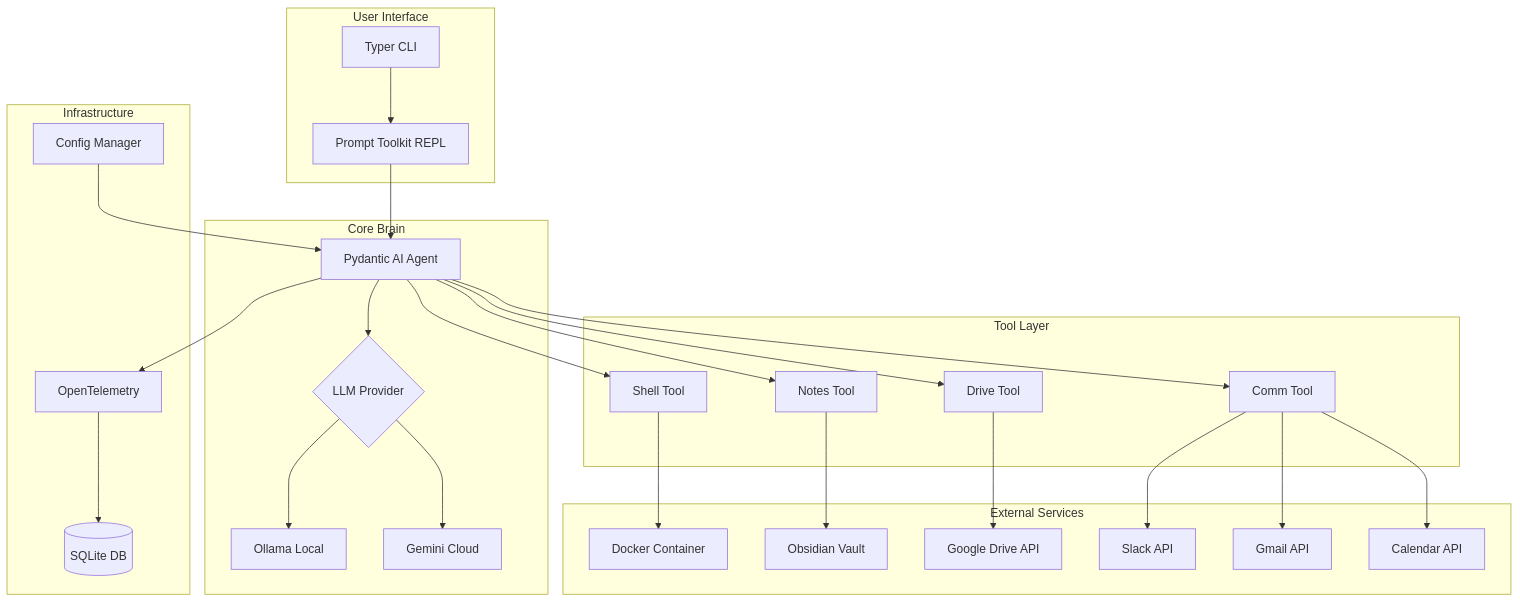
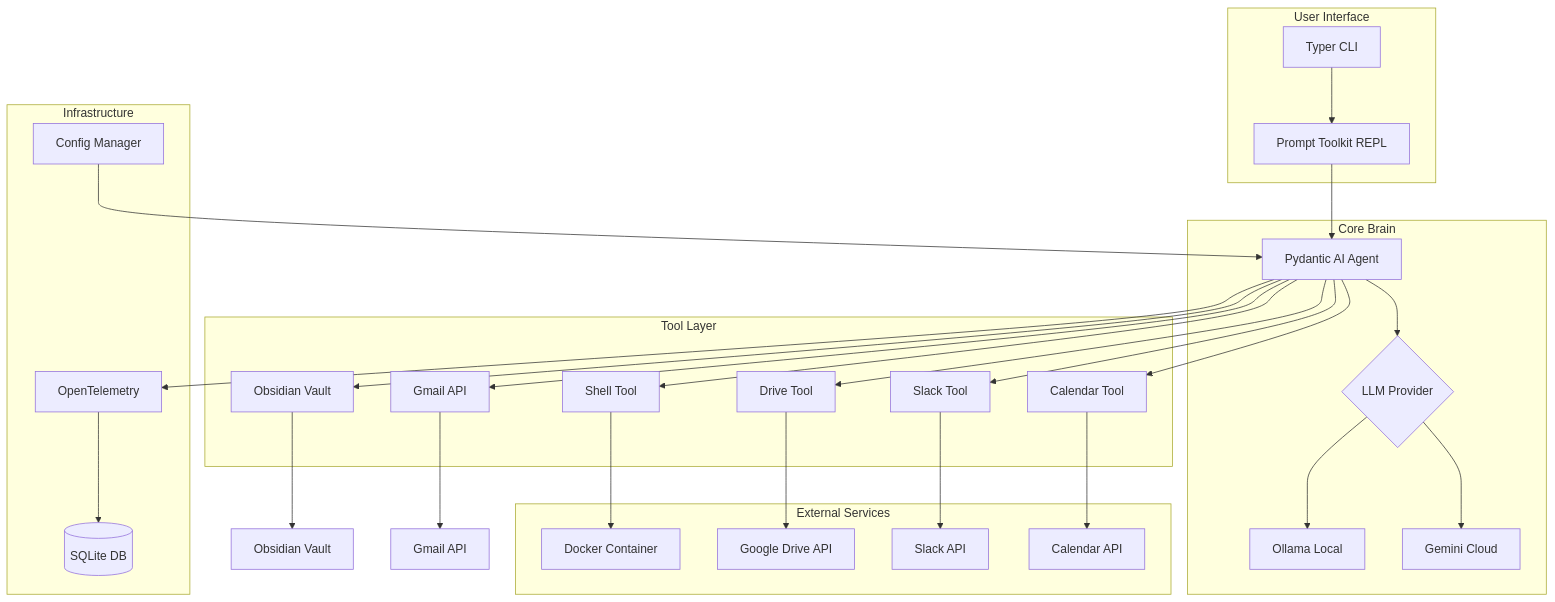
Before and after one commit to binlecode/co-cli: the first of 13 diagrams in docs/DESIGN-co-cli.md, drawn with Mermaid. The commit also changed other lines of this file and 25 other files, not shown here.

First line of the commit message:
Migrate Google/Slack tools to RunContext, add API error detection and research doc

````diff
--- a/docs/DESIGN-co-cli.md
+++ b/docs/DESIGN-co-cli.md
@@ -23,58 +23,62 @@
 ```mermaid
 graph TB
     subgraph User Interface
         CLI[Typer CLI]
         REPL[Prompt Toolkit REPL]
     end
 
     subgraph Core Brain
         Agent[Pydantic AI Agent]
         LLM{LLM Provider}
         Ollama[Ollama Local]
         Gemini[Gemini Cloud]
     end
 
     subgraph Tool Layer
         Shell[Shell Tool]
-        Notes[Notes Tool]
+        Obsidian[Obsidian Tool]
         Drive[Drive Tool]
-        Comm[Comm Tool]
+        Gmail[Gmail Tool]
+        Calendar[Calendar Tool]
+        SlackTool[Slack Tool]
     end
 
     subgraph External Services
         Docker[Docker Container]
         Obsidian[Obsidian Vault]
         GDrive[Google Drive API]
         Slack[Slack API]
         Gmail[Gmail API]
         GCal[Calendar API]
     end
 
     subgraph Infrastructure
         Config[Config Manager]
         Telemetry[OpenTelemetry]
         SQLite[(SQLite DB)]
     end
 
     CLI --> REPL
     REPL --> Agent
     Agent --> LLM
     LLM --> Ollama
     LLM --> Gemini
 
     Agent --> Shell
-    Agent --> Notes
+    Agent --> Obsidian
     Agent --> Drive
-    Agent --> Comm
+    Agent --> Gmail
+    Agent --> Calendar
+    Agent --> SlackTool
 
     Shell --> Docker
-    Notes --> Obsidian
+    Obsidian --> ObsVault[Obsidian Vault]
     Drive --> GDrive
-    Comm --> Slack
-    Comm --> Gmail
-    Comm --> GCal
+    Gmail --> GmailAPI[Gmail API]
+    Calendar --> GCal
+    SlackTool --> Slack
 
     Config --> Agent
     Agent --> Telemetry
     Telemetry --> SQLite
 ```
````
